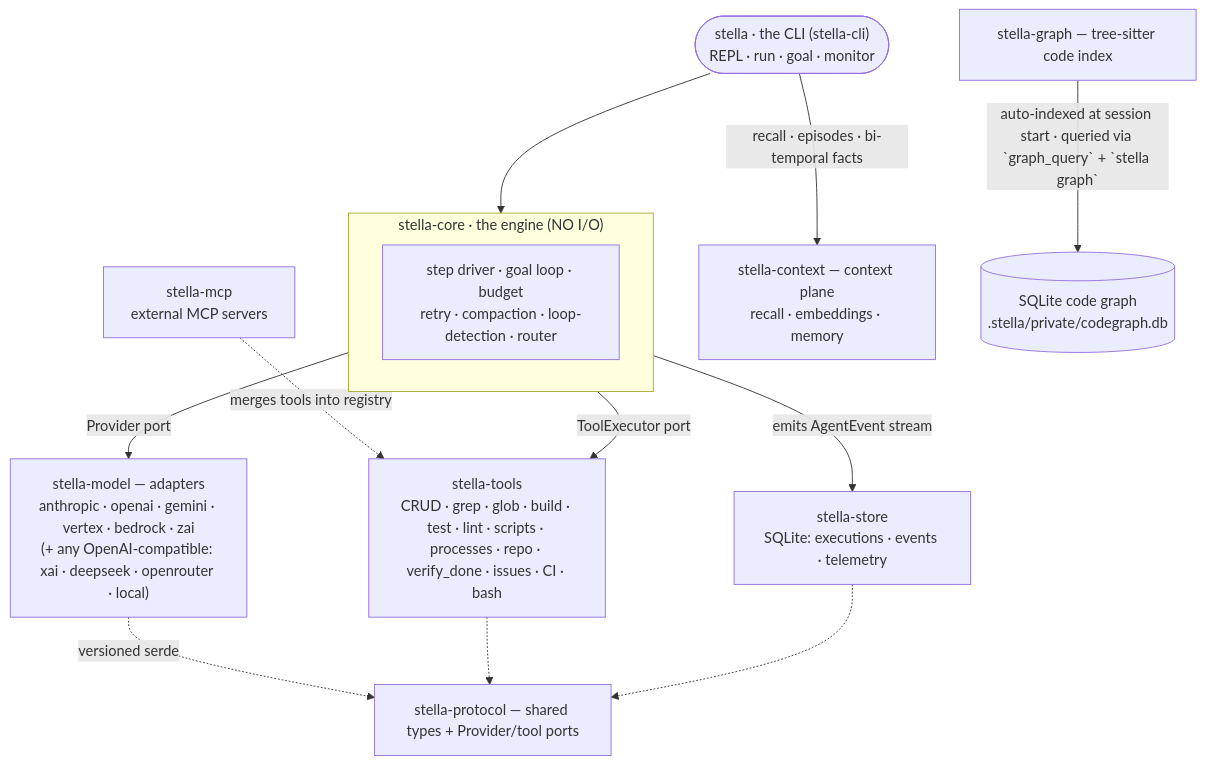
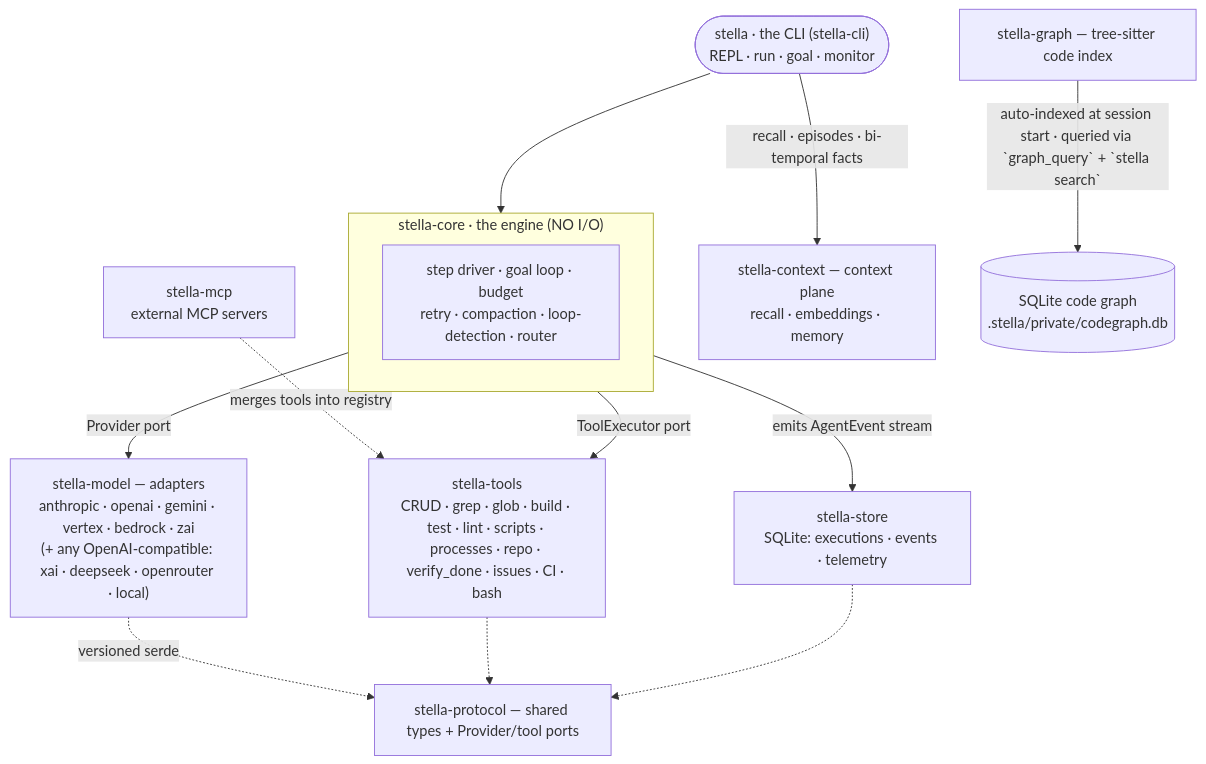
The diagram in README.md (macanderson/stella), drawn with Mermaid before and after one commit. The commit also changed other lines of this file and 19 other files, not shown here.

First line of the commit message:
feat(stella-cli): retire the `graph` command, add `stella search`

````diff
--- a/README.md
+++ b/README.md
@@ -686,16 +687,16 @@
 ```mermaid
 flowchart TD
     U(["stella · the CLI (stella-cli)<br/>REPL · run · goal · monitor"]) --> CORE
     subgraph CORE["stella-core · the engine (NO I/O)"]
       ENG["step driver · goal loop · budget<br/>retry · compaction · loop-detection · router"]
     end
     CORE -->|Provider port| MODEL["stella-model — adapters<br/>anthropic · openai · gemini · vertex · bedrock · zai<br/>(+ any OpenAI-compatible: xai · deepseek · openrouter · local)"]
     CORE -->|ToolExecutor port| TOOLS["stella-tools<br/>CRUD · grep · glob · build · test · lint · scripts · processes · repo · verify_done · issues · CI · bash"]
     MCP["stella-mcp<br/>external MCP servers"] -.->|merges tools into registry| TOOLS
     CORE -->|emits AgentEvent stream| STORE["stella-store<br/>SQLite: executions · events · telemetry"]
     U -->|"recall · episodes · bi-temporal facts"| CTX["stella-context — context plane<br/>recall · embeddings · memory"]
-    GRAPH["stella-graph — tree-sitter code index"] -->|"auto-indexed at session start · queried via `graph_query` + `stella graph`"| DB[("SQLite code graph<br/>.stella/private/codegraph.db")]
+    GRAPH["stella-graph — tree-sitter code index"] -->|"auto-indexed at session start · queried via `graph_query` + `stella search`"| DB[("SQLite code graph<br/>.stella/private/codegraph.db")]
     MODEL -.->|versioned serde| PROTO["stella-protocol — shared types + Provider/tool ports"]
     TOOLS -.-> PROTO
     STORE -.-> PROTO
 ```
````
